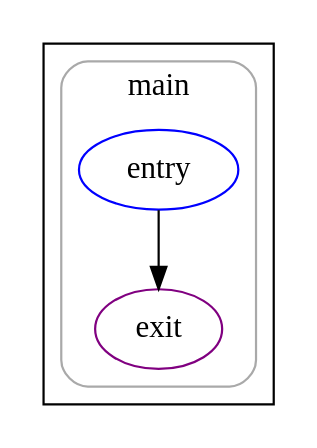
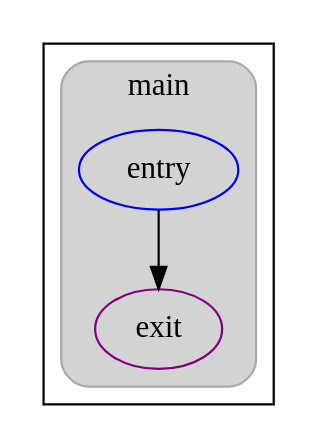
Before and after one commit to UnsignedByte/6120: the diagram in playground/max_int.cfg.dot, drawn with Graphviz. The commit also changed 29 other files, not shown here.

```diff
--- a/playground/max_int.cfg.dot
+++ b/playground/max_int.cfg.dot
@@ -1,14 +1,14 @@
 strict digraph G {
   compound=true
   subgraph cluster_0 {
     subgraph cluster_0_0 {
       label="main"
       color=darkgray
       style=rounded
-      fillcolor=lightgray
+      bgcolor=lightgray
       cluster_0_0_0[label="entry",shape=oval,color=blue,rank=source]
       cluster_0_0_exit[label=exit,color=purple,rank=sink]
       cluster_0_0_0 -> cluster_0_0_exit [color=black]
     }
   }
 }
```
